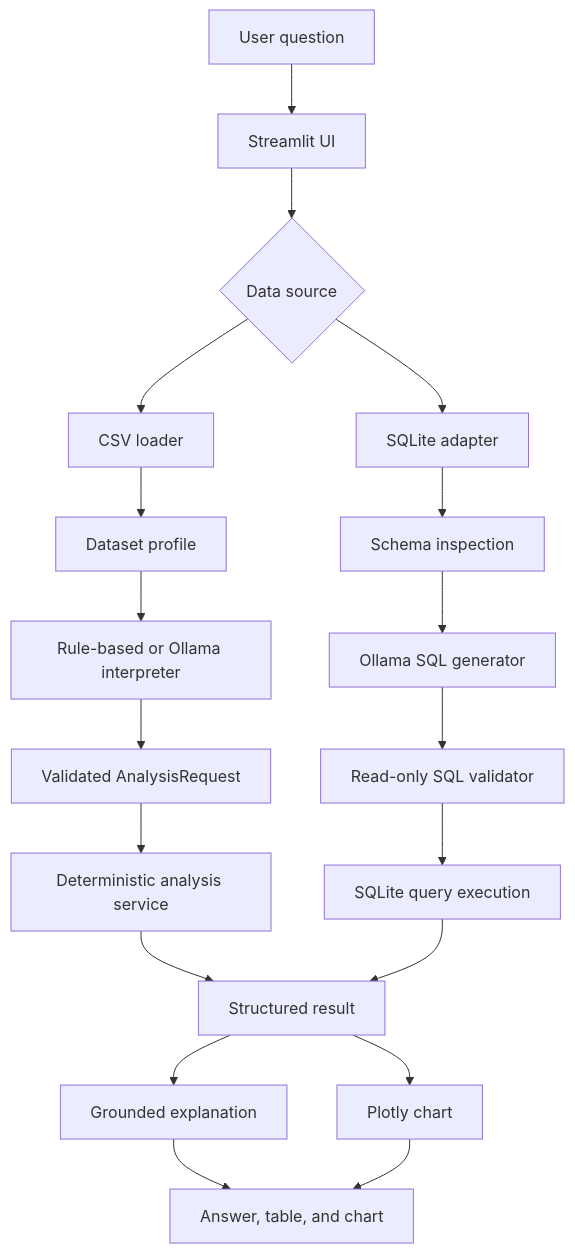
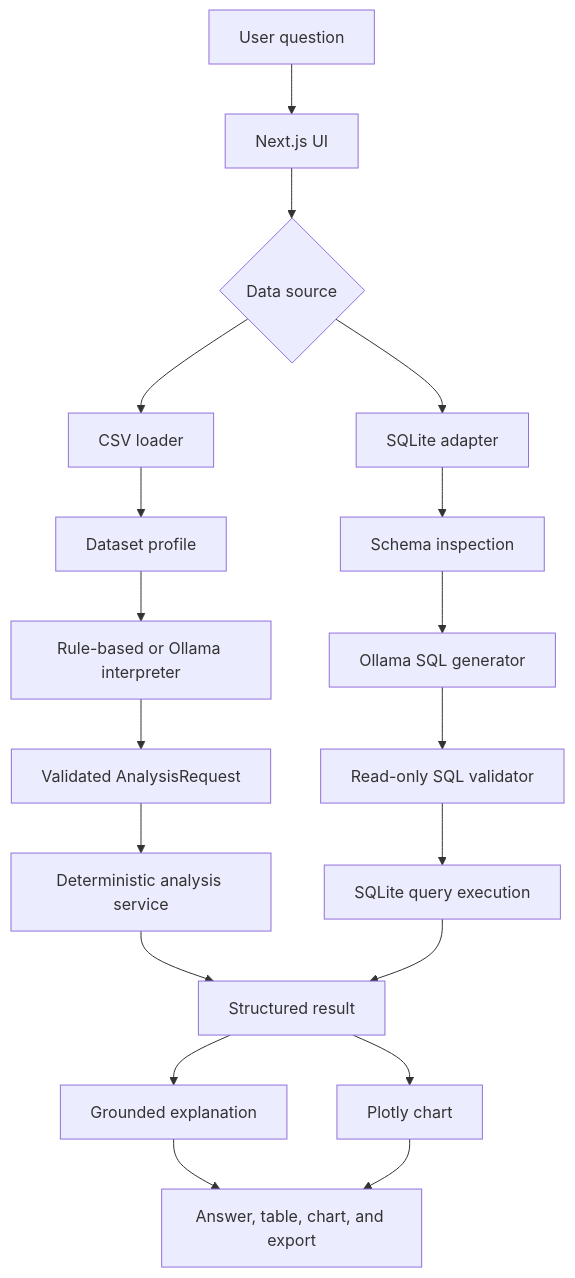
One commit to akhilmadhuklkl/ai-data-analyst-agent changed the diagram in docs/architecture.md. Above: the diagram before and after it, drawn with Mermaid. The commit also changed other lines of this file and 2 other files, not shown here.

````diff
--- a/docs/architecture.md
+++ b/docs/architecture.md
@@ -7,21 +7,21 @@
 ```mermaid
 flowchart TD
-    User[User question] --> UI[Streamlit UI]
+    User[User question] --> UI[Next.js UI]
     UI --> Source{Data source}
     Source --> CSV[CSV loader]
     Source --> SQLite[SQLite adapter]
     CSV --> Profile[Dataset profile]
     SQLite --> Schema[Schema inspection]
     Profile --> Interpreter[Rule-based or Ollama interpreter]
     Schema --> SQL[Ollama SQL generator]
     Interpreter --> Request[Validated AnalysisRequest]
     Request --> Analysis[Deterministic analysis service]
     SQL --> Safety[Read-only SQL validator]
     Safety --> Query[SQLite query execution]
     Analysis --> Result[Structured result]
     Query --> Result
     Result --> Explanation[Grounded explanation]
     Result --> Chart[Plotly chart]
-    Explanation --> Answer[Answer, table, and chart]
+    Explanation --> Answer[Answer, table, chart, and export]
     Chart --> Answer
 ```
````
